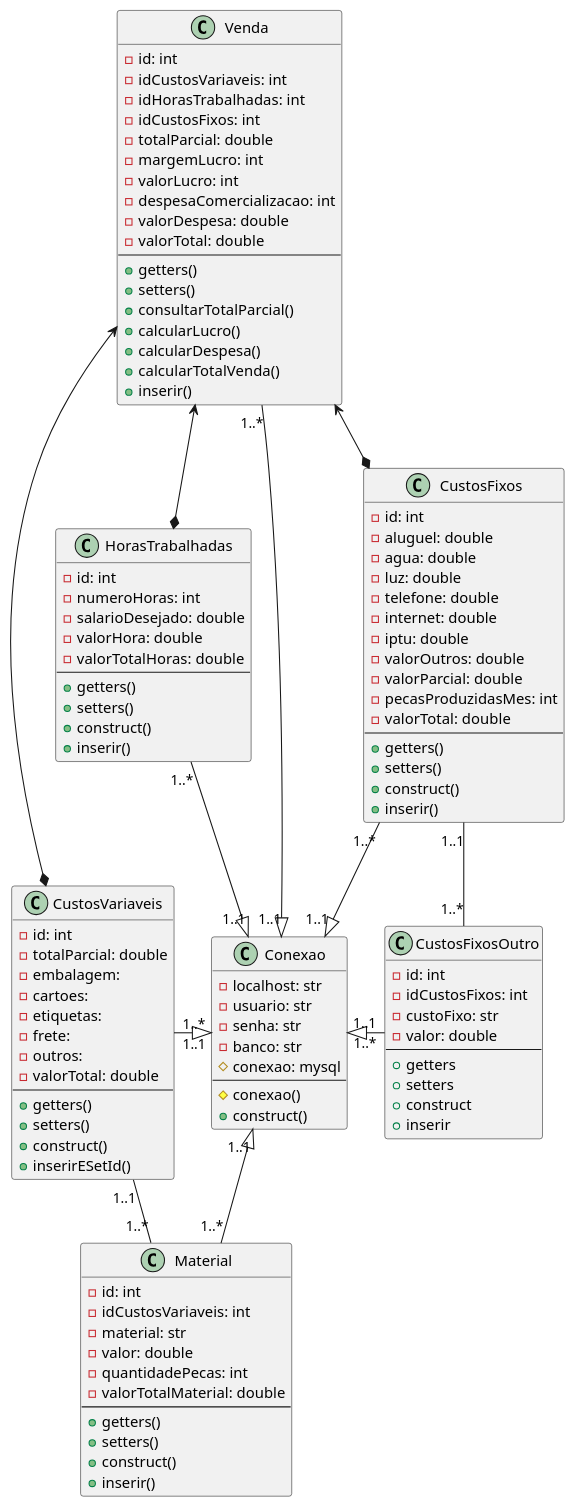
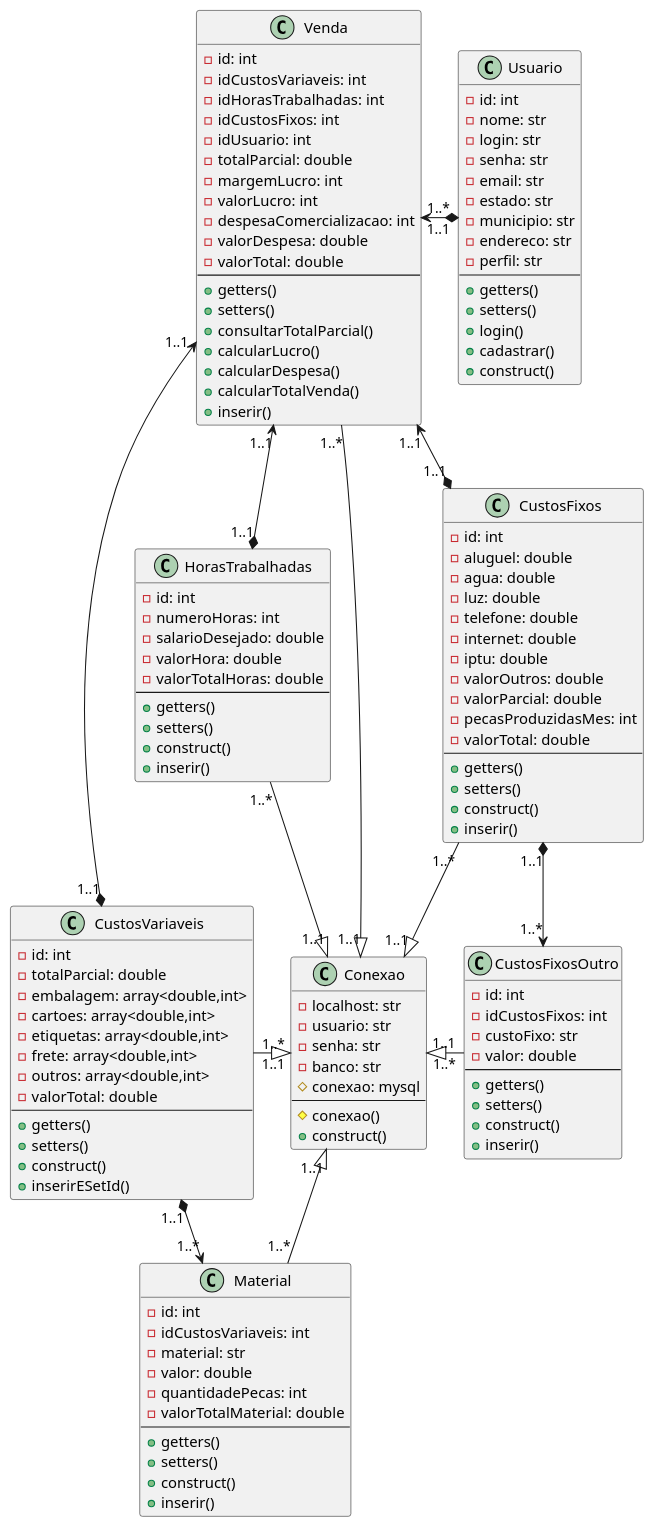
One commit to galaticghost/precificacao-pecas changed the diagram in modelagem/DCprojetoTres.wsd. Above: the diagram before and after it, drawn with PlantUML. The commit also changed 2 other files, not shown here.

```diff
--- a/modelagem/DCprojetoTres.wsd
+++ b/modelagem/DCprojetoTres.wsd
@@ -1,121 +1,141 @@
 @startuml Diagrama de class Três
 
 class Conexao {
     -localhost: str
     -usuario: str
     -senha: str
     -banco: str
     #conexao: mysql
     --
     #conexao()
     +construct()
 }
 
 class HorasTrabalhadas{
     -id: int
     -numeroHoras: int
     -salarioDesejado: double
     -valorHora: double
     -valorTotalHoras: double
     --
     +getters()
     +setters()
     +construct()
     +inserir()
 }
 
 class CustosVariaveis {
     -id: int
     -totalParcial: double
-    -embalagem: 
-    -cartoes:
-    -etiquetas:
-    -frete:
-    -outros:
+    -embalagem: array<double,int>
+    -cartoes: array<double,int>
+    -etiquetas: array<double,int>
+    -frete: array<double,int>
+    -outros: array<double,int>
     -valorTotal: double
     --
     +getters()
     +setters()
     +construct()
     +inserirESetId()
 }
 
 class CustosFixos {
     -id: int
     -aluguel: double
     -agua: double
     -luz: double
     -telefone: double
     -internet: double
     -iptu: double
     -valorOutros: double
     -valorParcial: double
     -pecasProduzidasMes: int
     -valorTotal: double
     --
     +getters()
     +setters()
     +construct()
     +inserir()
 }
 
 class CustosFixosOutro{
     -id: int
     -idCustosFixos: int
     -custoFixo: str
     -valor: double
     --
-    +getters
-    +setters
-    +construct
-    +inserir
+    +getters()
+    +setters()
+    +construct()
+    +inserir()
 }
 
 class Material {
     -id: int
     -idCustosVariaveis: int
     -material: str
     -valor: double
     -quantidadePecas: int
     -valorTotalMaterial: double
     --
     +getters()
     +setters()
     +construct()
     +inserir()
 }
 
 class Venda {
     -id: int
     -idCustosVariaveis: int
     -idHorasTrabalhadas: int
     -idCustosFixos: int
+    -idUsuario: int
     -totalParcial: double
     -margemLucro: int
     -valorLucro: int
     -despesaComercializacao: int
     -valorDespesa: double
     -valorTotal: double
     --
     +getters()
     +setters()
     +consultarTotalParcial()
     +calcularLucro()
     +calcularDespesa()
     +calcularTotalVenda()
     +inserir()
 }
 
+class Usuario {
+    -id: int
+    -nome: str
+    -login: str
+    -senha: str
+    -email: str
+    -estado: str
+    -municipio: str
+    -endereco: str
+    -perfil: str
+    --
+    +getters()
+    +setters()
+    +login()
+    +cadastrar()
+    +construct()
+}
+
 Conexao "1..1" <|-up- "1..*" CustosFixos
 Conexao "1..1" <|-left- "1..*" HorasTrabalhadas
 Conexao "1..1" <|-left- "1..*" CustosVariaveis
 Conexao "1..1" <|-left- "1..*" Venda
 Conexao "1..1" <|-- "1..*" Material
 Conexao "1..1" <|-Right- "1..*" CustosFixosOutro
-CustosFixos "1..1" -- "1..*" CustosFixosOutro
-CustosVariaveis "1..1" -- "1..*" Material
-Venda <--* CustosVariaveis
-Venda <--* HorasTrabalhadas
-Venda <--* CustosFixos
+CustosFixos "1..1" *--> "1..*" CustosFixosOutro
+CustosVariaveis "1..1" *--> "1..*" Material
+Venda "1..1" <--* "1..1" CustosVariaveis
+Venda "1..1" <--* "1..1" HorasTrabalhadas
+Venda "1..1" <--* "1..1" CustosFixos
+Usuario "1..1" *-left-> "1..*" Venda
 
 @enduml
```
